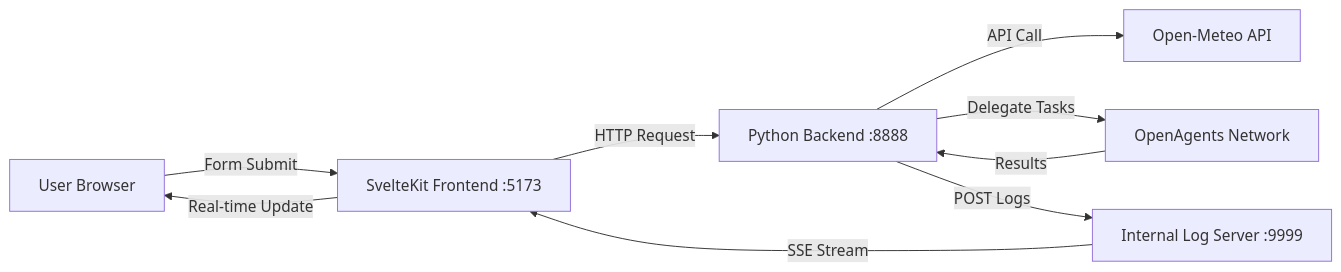
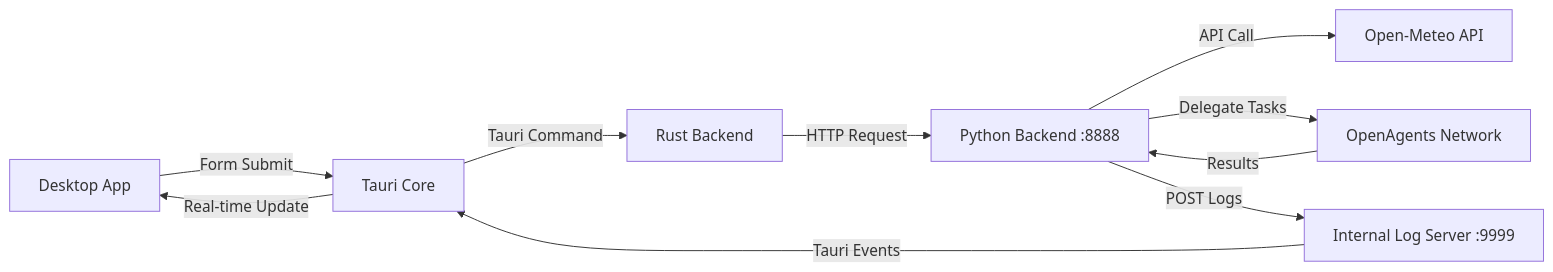
One commit to starttown/travel-guide-network changed the diagram in README.md. Above: the diagram before and after it, drawn with Mermaid. The commit also changed other lines of this file and 3 other files, not shown here.

````diff
--- a/README.md
+++ b/README.md
@@ -20,12 +19,13 @@
 ```mermaid
 graph LR
-    User[User Browser] -->|Form Submit| FE[SvelteKit Frontend :5173]
-    FE -->|HTTP Request| BE[Python Backend :8888]
+    User[Desktop App] -->|Form Submit| TA[Tauri Core]
+    TA -->|Tauri Command| RS[Rust Backend]
+    RS -->|HTTP Request| BE[Python Backend :8888]
     BE -->|API Call| Weather[Open-Meteo API]
     BE -->|Delegate Tasks| Agents[OpenAgents Network]
     
     Agents -->|Results| BE
     BE -->|POST Logs| LS[Internal Log Server :9999]
-    LS -->|SSE Stream| FE
-    FE -->|Real-time Update| User
+    LS -->|Tauri Events| TA
+    TA -->|Real-time Update| User
 ```
````
